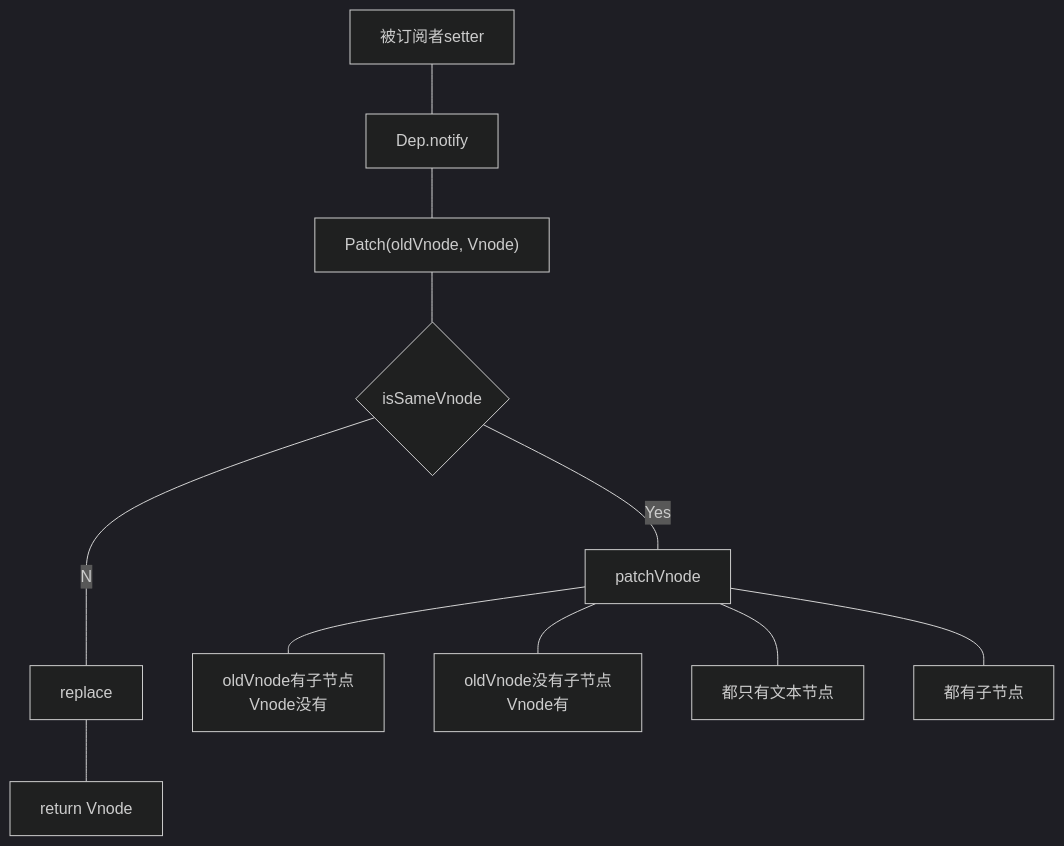
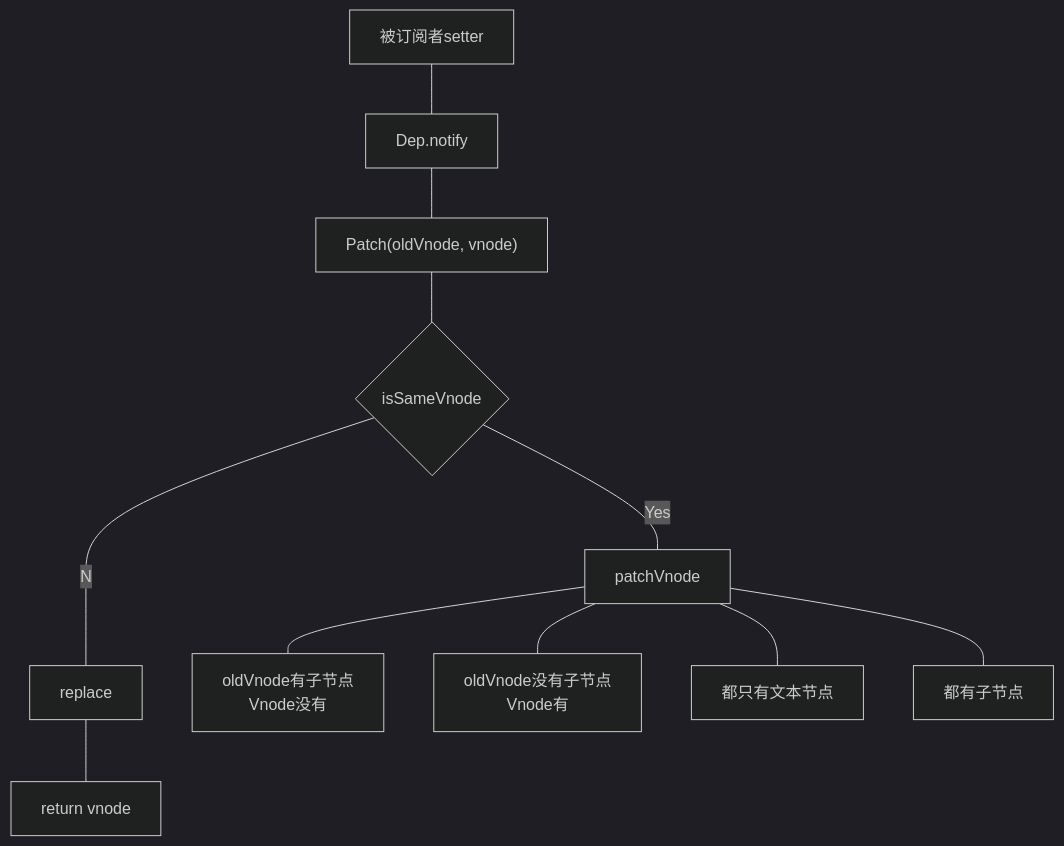
Before and after one commit to DENNIE-HONG/note: the first of 21 diagrams in src/vue/index.md, drawn with Mermaid (dark theme). The commit also changed other lines of this file, not shown here.

````diff
--- a/src/vue/index.md
+++ b/src/vue/index.md
@@ -181,12 +181,12 @@
 ```mermaid
 graph TB;
-    被订阅者setter---Dep[Dep.notify]---Patch["Patch(oldVnode, Vnode)"]---S{isSameVnode};
+    被订阅者setter---Dep[Dep.notify]---Patch["Patch(oldVnode, vnode)"]---S{isSameVnode};
 
     S--Yes---patchVnode;
-    S--No---replace---r[return Vnode];
+    S--No---replace---r[return vnode];
 
     patchVnode---子[oldVnode有子节点\n Vnode没有];
     patchVnode---v[oldVnode没有子节点\n Vnode有];
     patchVnode---allno[都只有文本节点];
     patchVnode---all[都有子节点];
 ```
````
